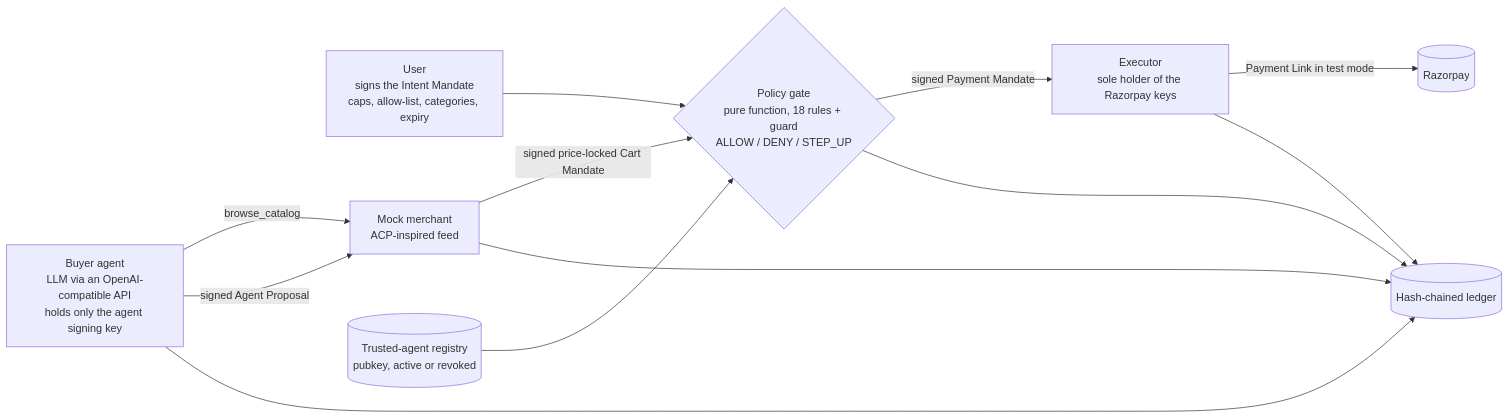
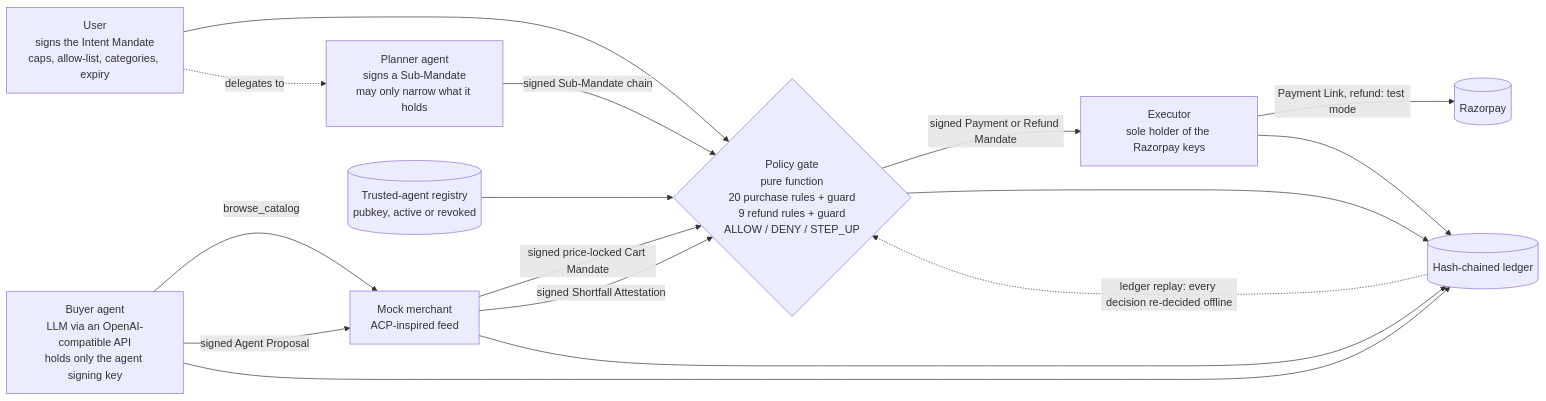
One commit to PulkitGarg31/mandatemesh changed the diagram in README.md. Above: the diagram before and after it, drawn with Mermaid. The commit also changed other lines of this file and 6 other files, not shown here.

````diff
--- a/README.md
+++ b/README.md
@@ -109,14 +125,18 @@
 ```mermaid
 flowchart LR
     U["User<br/>signs the Intent Mandate<br/>caps, allow-list, categories, expiry"] --> G
+    U -.->|delegates to| P["Planner agent<br/>signs a Sub-Mandate<br/>may only narrow what it holds"]
+    P -->|signed Sub-Mandate chain| G
     A["Buyer agent<br/>LLM via an OpenAI-compatible API<br/>holds only the agent signing key"] -->|browse_catalog| M["Mock merchant<br/>ACP-inspired feed"]
     A -->|signed Agent Proposal| M
     M -->|signed price-locked Cart Mandate| G
+    M -->|signed Shortfall Attestation| G
     R[("Trusted-agent registry<br/>pubkey, active or revoked")] --> G
-    G{"Policy gate<br/>pure function, 18 rules + guard<br/>ALLOW / DENY / STEP_UP"} -->|signed Payment Mandate| X["Executor<br/>sole holder of the Razorpay keys"]
-    X -->|Payment Link in test mode| RZ[("Razorpay")]
+    G{"Policy gate<br/>pure function<br/>20 purchase rules + guard<br/>9 refund rules + guard<br/>ALLOW / DENY / STEP_UP"} -->|signed Payment or Refund Mandate| X["Executor<br/>sole holder of the Razorpay keys"]
+    X -->|Payment Link, refund: test mode| RZ[("Razorpay")]
     G --> L[("Hash-chained ledger")]
     X --> L
     A --> L
     M --> L
+    L -.->|ledger replay: every decision re-decided offline| G
 ```
````
